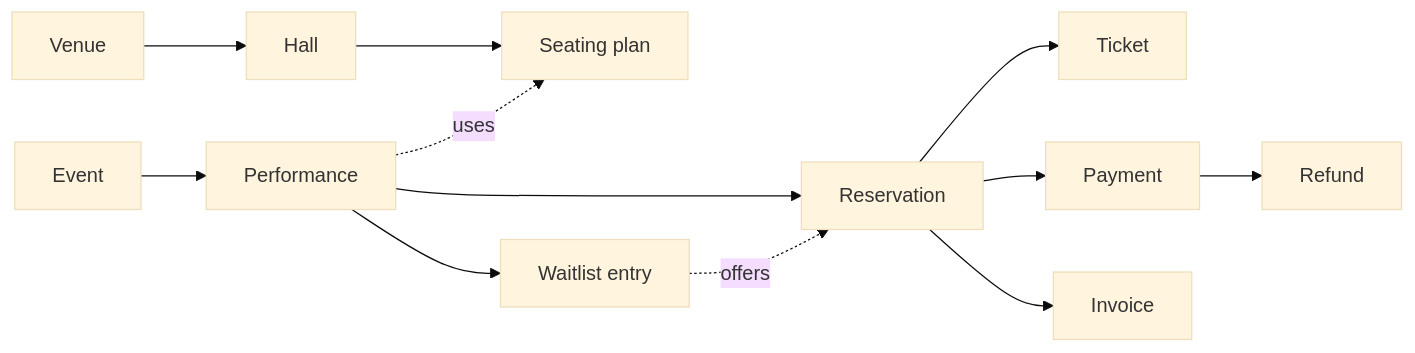
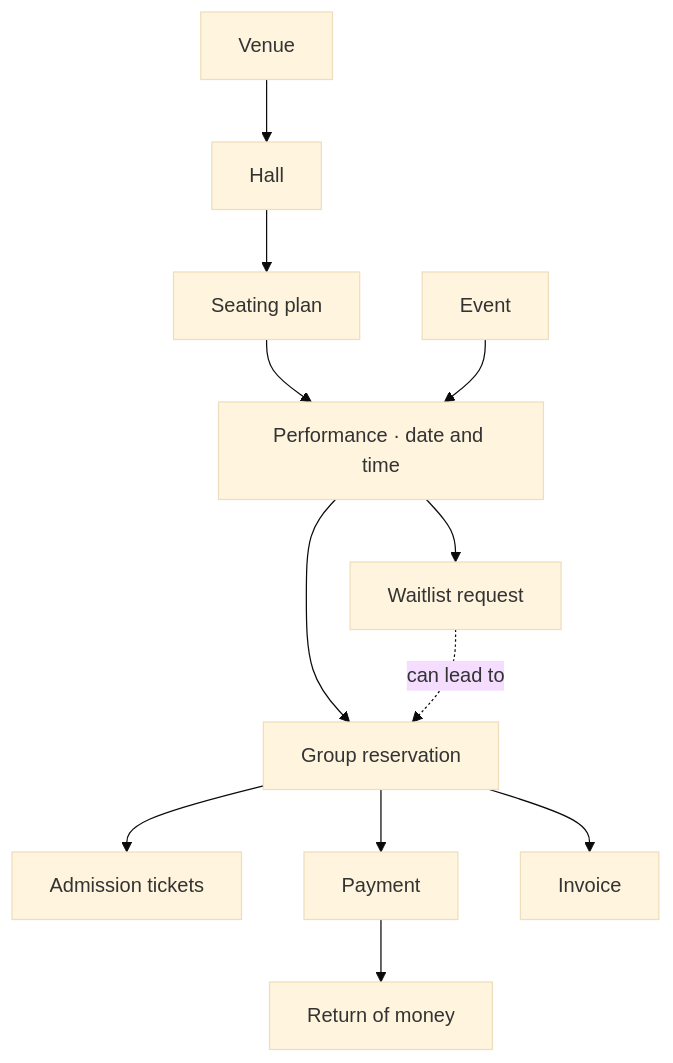
One commit to fluxzero-io/fluxzero-sample-ticketing changed the diagram in README.md. Above: the diagram before and after it, drawn with Mermaid (base theme). The commit also changed other lines of this file and 2 other files, not shown here.

First line of the commit message:
docs(ticketing): lead the builder guide with product behavior

````diff
--- a/README.md
+++ b/README.md
@@ -103,14 +21,14 @@
 ```mermaid
-flowchart LR
+flowchart TD
     Venue --> Hall
     Hall --> Plan[Seating plan]
-    Event --> Performance
-    Performance -. uses .-> Plan
-    Performance --> Reservation
-    Performance --> Waitlist[Waitlist entry]
-    Waitlist -. offers .-> Reservation
-    Reservation --> Ticket
-    Reservation --> Payment
-    Reservation --> Invoice
-    Payment --> Refund
+    Plan --> Show[Performance · date and time]
+    Event --> Show
+    Show --> Booking[Group reservation]
+    Show --> Waiting[Waitlist request]
+    Waiting -. can lead to .-> Booking
+    Booking --> Ticket[Admission tickets]
+    Booking --> Payment
+    Booking --> Invoice
+    Payment --> Refund[Return of money]
 ```
````
